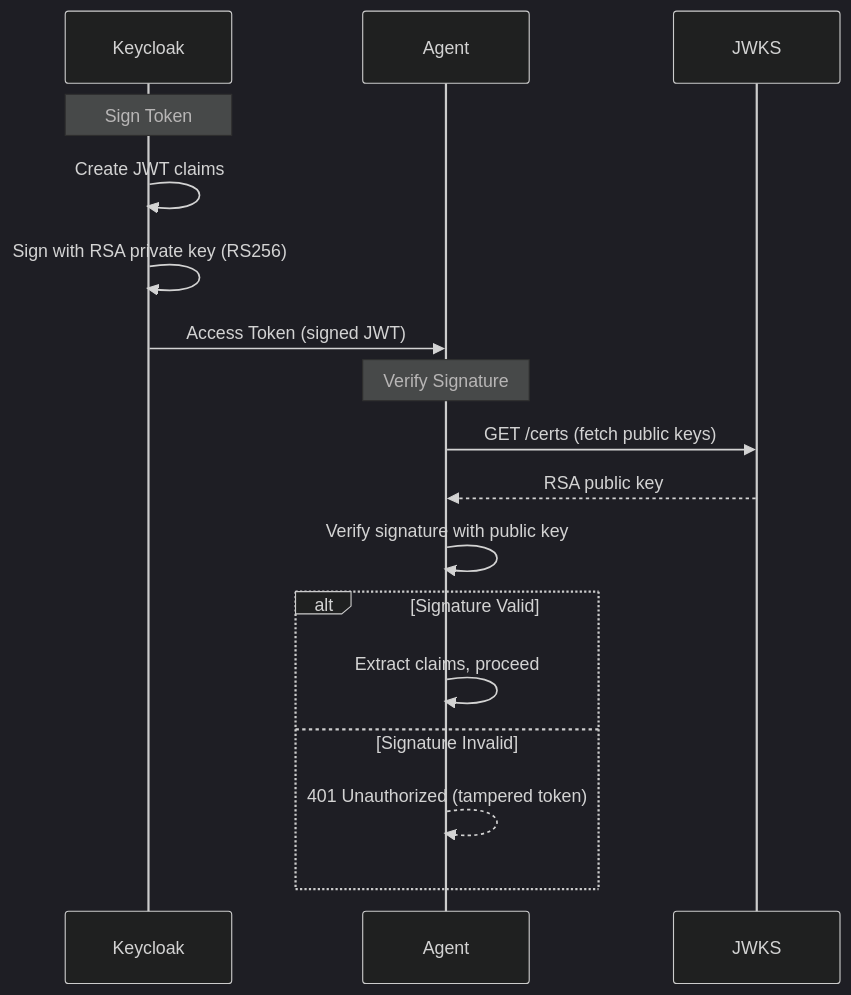
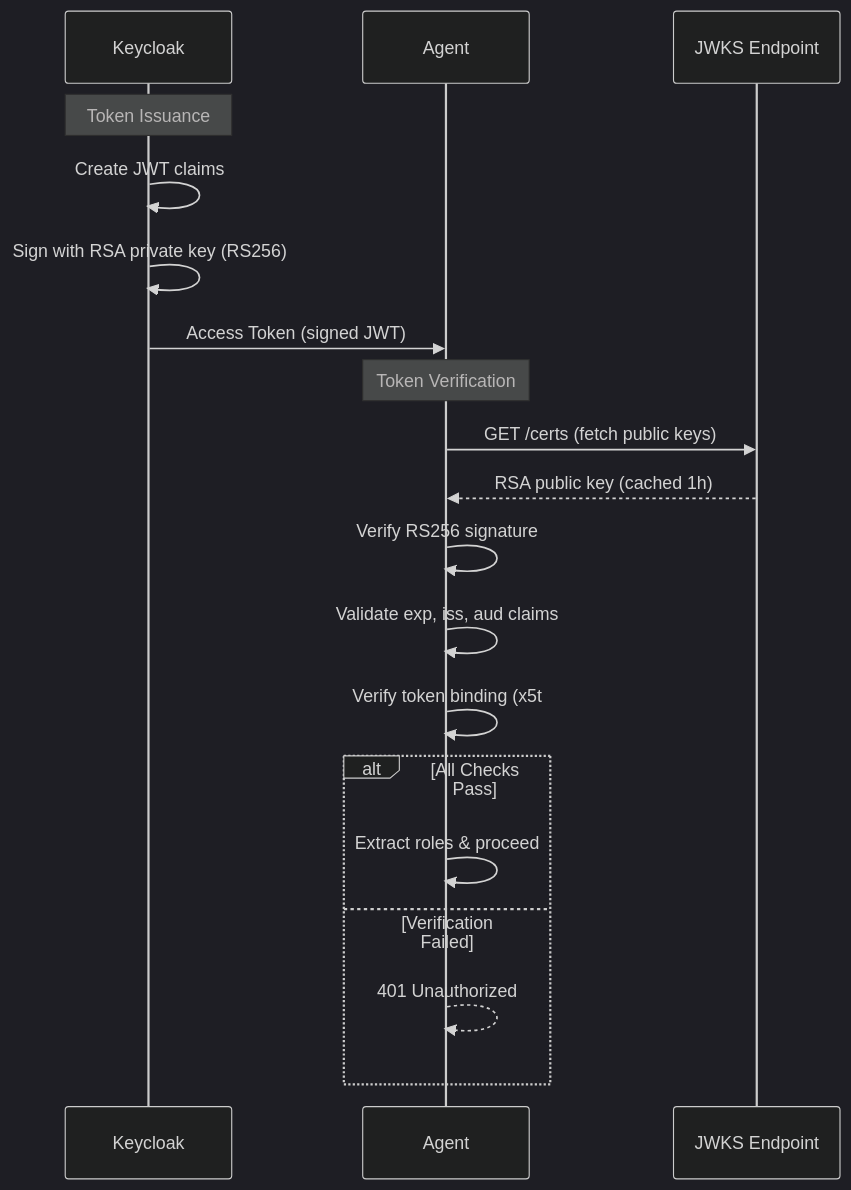
One commit to jaafar-benabderrazak/ca_a2a changed the ninth of 14 diagrams in A2A_PROTOCOL_SECURITY_TECHNICAL.md. Above: the diagram before and after it, drawn with Mermaid (dark theme). The commit also changed other lines of this file, not shown here.

First line of the commit message:
Reorganize documentation: focus on actual JWT-based architecture

````diff
--- a/A2A_PROTOCOL_SECURITY_TECHNICAL.md
+++ b/A2A_PROTOCOL_SECURITY_TECHNICAL.md
@@ -1611,22 +1636,24 @@
 ```mermaid
 sequenceDiagram
     participant Keycloak
     participant Agent
-    participant JWKS
+    participant JWKS as JWKS Endpoint
     
-    Note over Keycloak: Sign Token
+    Note over Keycloak: Token Issuance
     Keycloak->>Keycloak: Create JWT claims
     Keycloak->>Keycloak: Sign with RSA private key (RS256)
     Keycloak->>Agent: Access Token (signed JWT)
     
-    Note over Agent: Verify Signature
+    Note over Agent: Token Verification
     Agent->>JWKS: GET /certs (fetch public keys)
-    JWKS-->>Agent: RSA public key
-    Agent->>Agent: Verify signature with public key
+    JWKS-->>Agent: RSA public key (cached 1h)
+    Agent->>Agent: Verify RS256 signature
+    Agent->>Agent: Validate exp, iss, aud claims
+    Agent->>Agent: Verify token binding (x5t#S256)
     
-    alt Signature Valid
-        Agent->>Agent: Extract claims, proceed
-    else Signature Invalid
-        Agent-->>Agent: 401 Unauthorized (tampered token)
+    alt All Checks Pass
+        Agent->>Agent: Extract roles & proceed
+    else Verification Failed
+        Agent-->>Agent: 401 Unauthorized
     end
 ```
````
